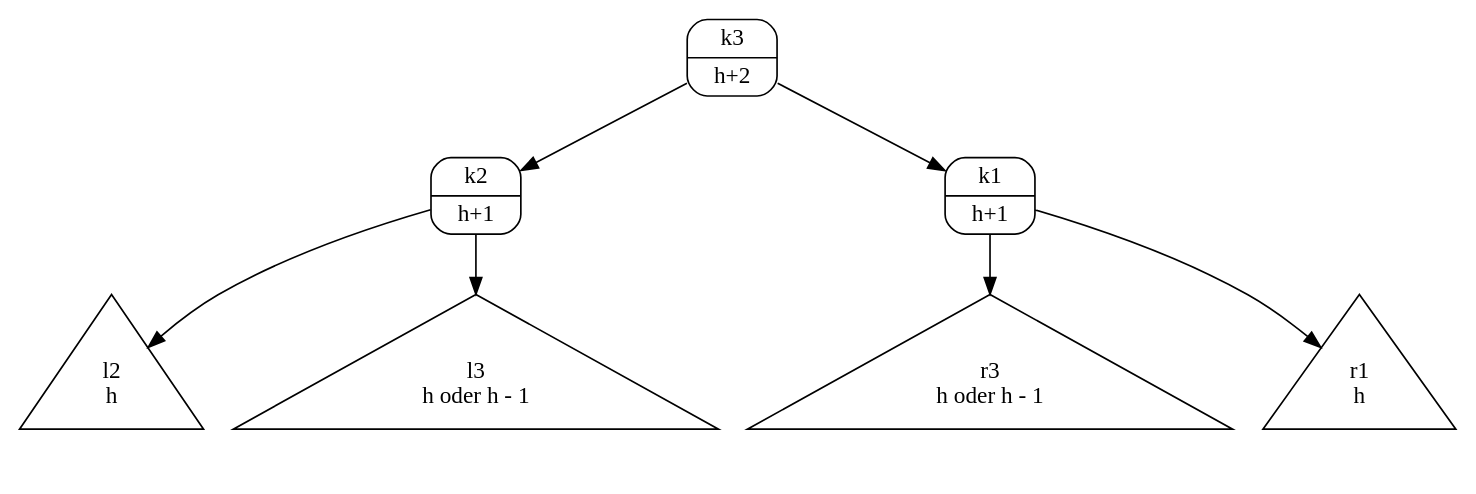
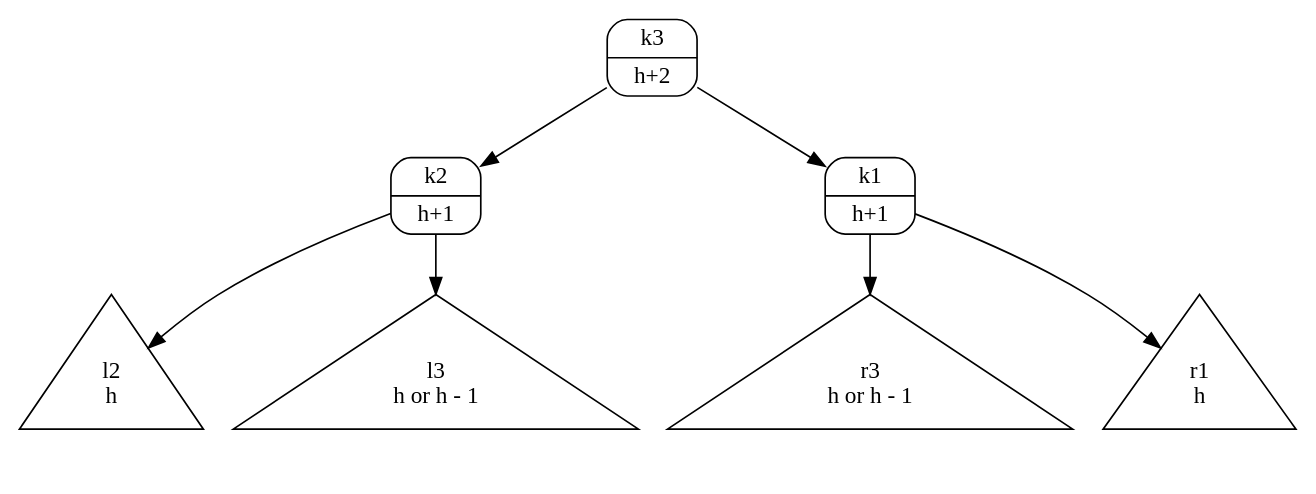
Before and after one commit to karlstroetmann/Algorithms: the diagram in Lecture-Notes/Abbildungen/caselr-nach.dot, drawn with Graphviz. The commit also changed 15 other files, not shown here.

```diff
--- a/Lecture-Notes/Abbildungen/caselr-nach.dot
+++ b/Lecture-Notes/Abbildungen/caselr-nach.dot
@@ -1,16 +1,16 @@
 digraph G {
     node [ ordering = out ];
     pn [ shape = Mrecord, label = "{ k3 | h+2 }" ];
     pn -> l1n;
     pn -> r1n;
     l1n [ shape = Mrecord, label = "{ k2 | h+1 }" ];
     r1n [ shape = Mrecord, label = "{ k1 | h+1 }" ];
     l1n -> l2n;
     l1n -> r2n;
     l2n [ shape = triangle, label = " l2 \n h" ];
-    r2n [ shape = triangle, label = " l3 \n h oder h - 1" ];
+    r2n [ shape = triangle, label = " l3 \n h or h - 1" ];
     r1n -> l3n;
     r1n -> r3n;
-    l3n [ shape = triangle, label = " r3 \n h oder h - 1" ];
+    l3n [ shape = triangle, label = " r3 \n h or h - 1" ];
     r3n [ shape = triangle, label = " r1 \n h" ];
 }
```
